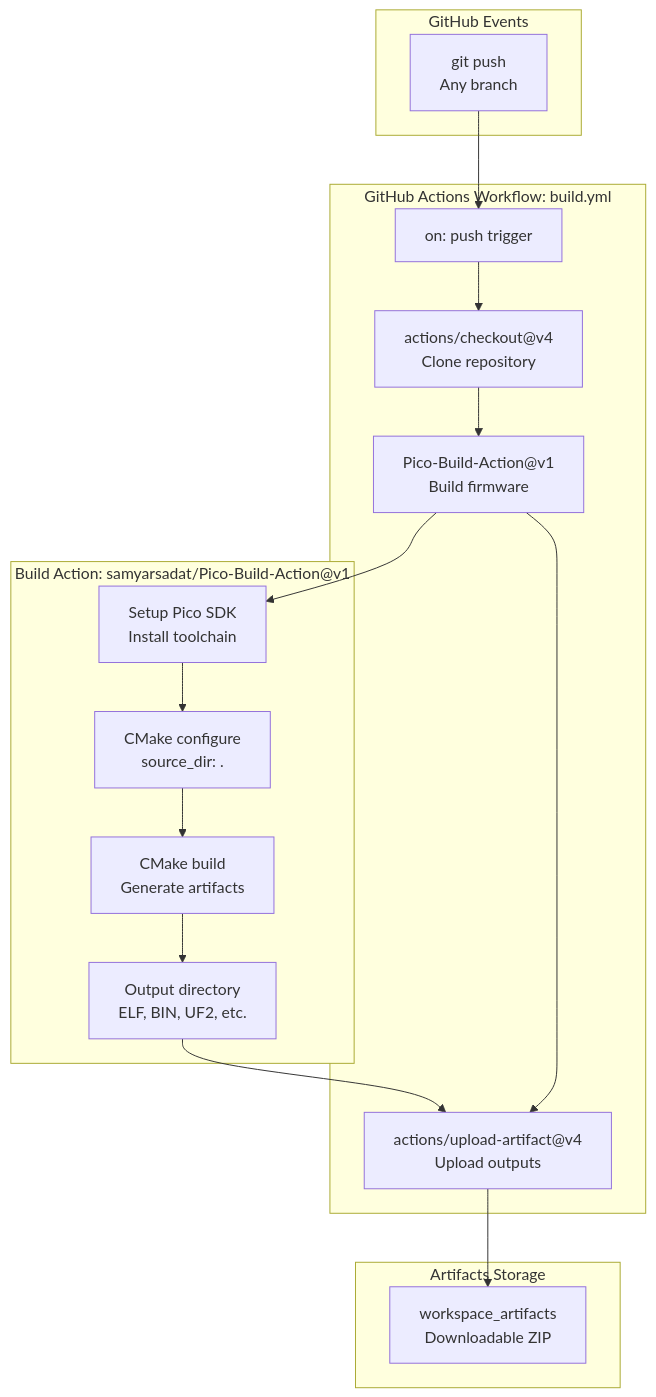
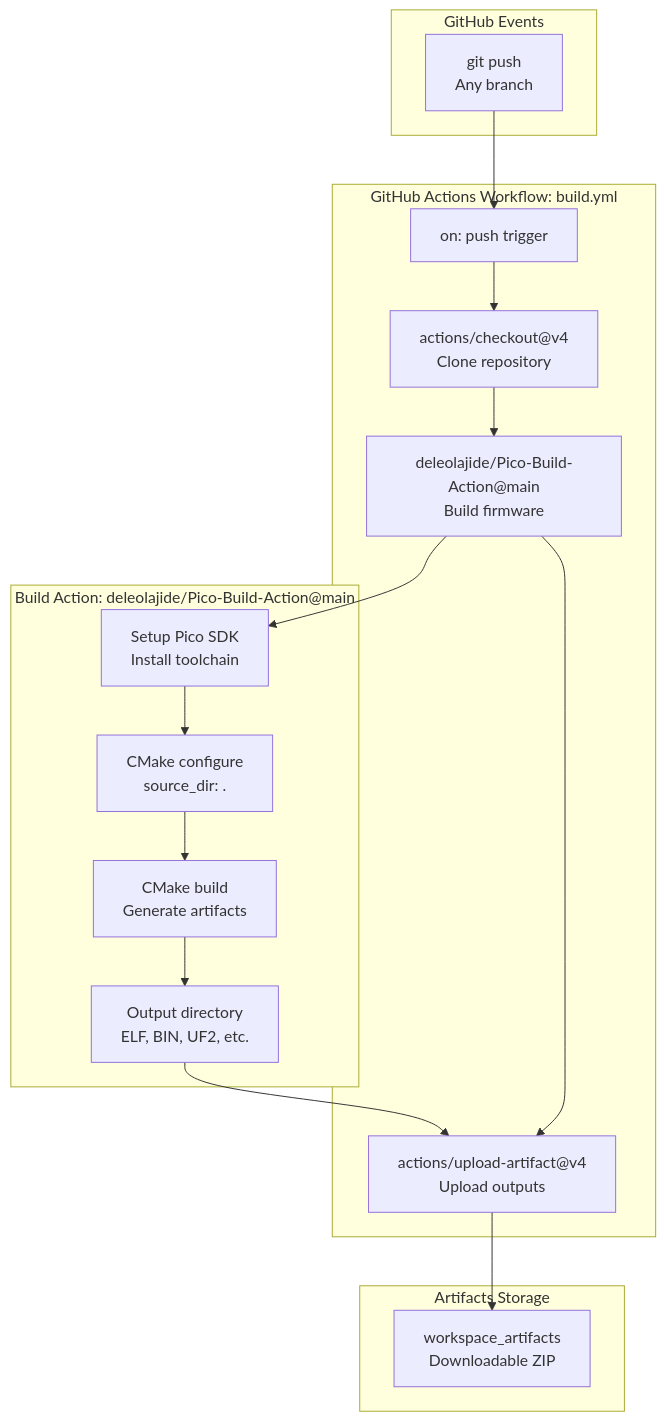
Before and after one commit to Jus-Be/orinayo-pico: the sixth of 6 diagrams in wiki/9-build-system.md, drawn with Mermaid. The commit also changed other lines of this file and 42 other files, not shown here.

````diff
--- a/wiki/9-build-system.md
+++ b/wiki/9-build-system.md
@@ -524,47 +685,47 @@
 ```mermaid
 flowchart TD
 
 PUSH["git push<br>Any branch"]
 TRIGGER["on: push trigger"]
 CHECKOUT["actions/checkout@v4<br>Clone repository"]
-BUILD["Pico-Build-Action@v1<br>Build firmware"]
+BUILD["deleolajide/Pico-Build-Action@main<br>Build firmware"]
 UPLOAD["actions/upload-artifact@v4<br>Upload outputs"]
 SETUP["Setup Pico SDK<br>Install toolchain"]
 CMAKE["CMake configure<br>source_dir: ."]
 MAKE["CMake build<br>Generate artifacts"]
 OUTDIR["Output directory<br>ELF, BIN, UF2, etc."]
 ARTIFACT["workspace_artifacts<br>Downloadable ZIP"]
 
 PUSH --> TRIGGER
 UPLOAD --> ARTIFACT
 BUILD --> SETUP
 OUTDIR --> UPLOAD
 
 subgraph subGraph3 ["Artifacts Storage"]
     ARTIFACT
 end
 
-subgraph subGraph2 ["Build Action: samyarsadat/Pico-Build-Action@v1"]
+subgraph subGraph2 ["Build Action: deleolajide/Pico-Build-Action@main"]
     SETUP
     CMAKE
     MAKE
     OUTDIR
     SETUP --> CMAKE
     CMAKE --> MAKE
     MAKE --> OUTDIR
 end
 
 subgraph subGraph1 ["GitHub Actions Workflow: build.yml"]
     TRIGGER
     CHECKOUT
     BUILD
     UPLOAD
     TRIGGER --> CHECKOUT
     CHECKOUT --> BUILD
     BUILD --> UPLOAD
 end
 
 subgraph subGraph0 ["GitHub Events"]
     PUSH
 end
 ```
````
